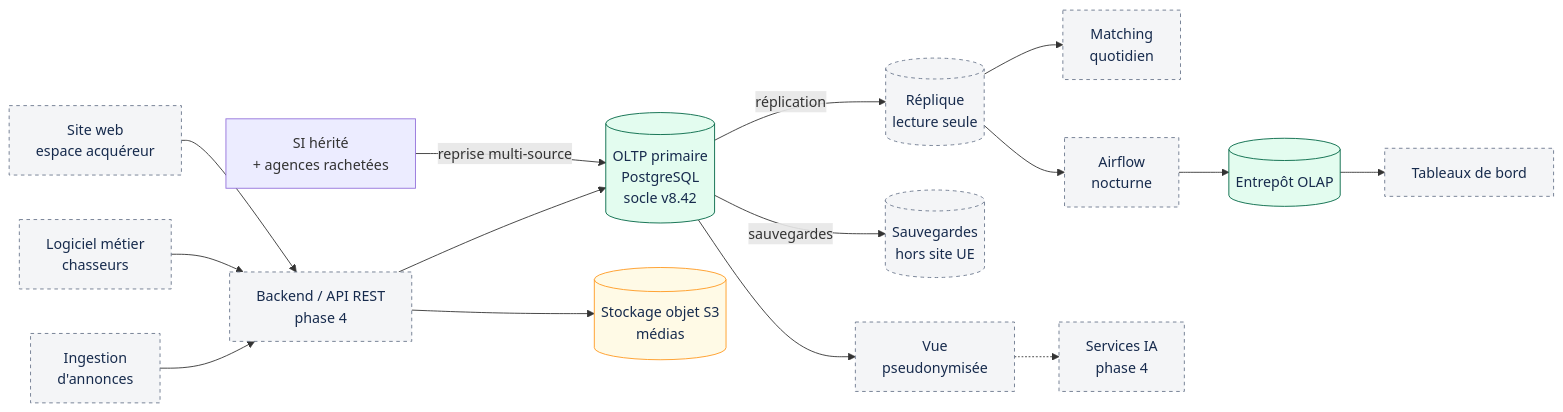
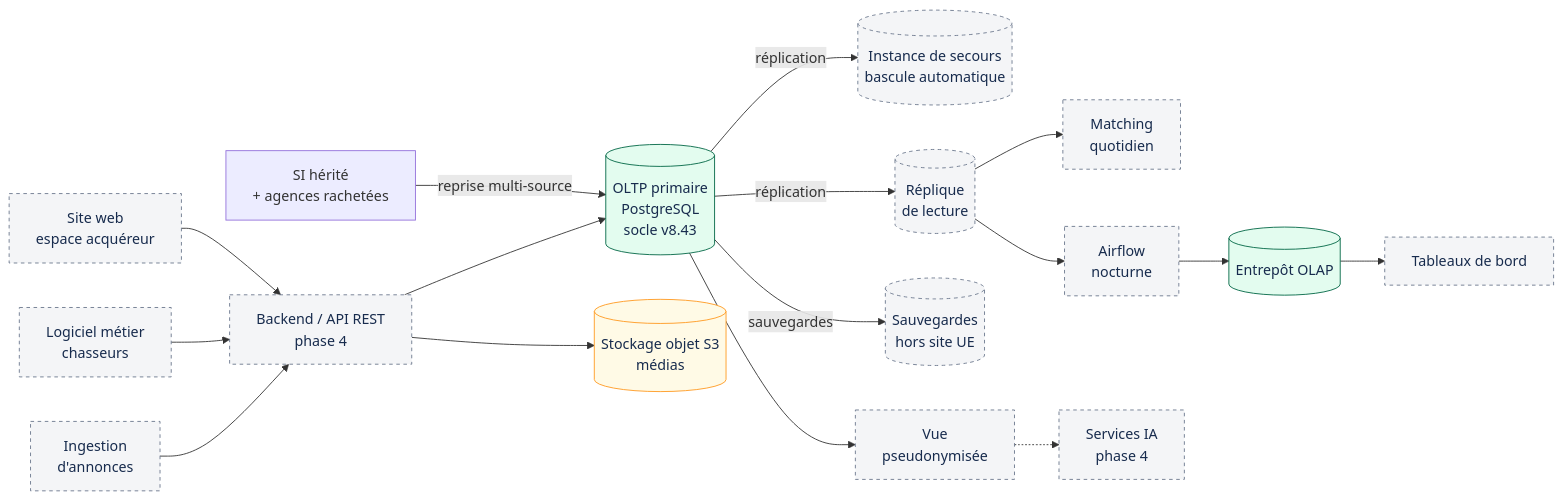
Before and after one commit to Fil-Rouge-Big-Data/Fil-Rouge-EISI-Data-IA-26-D04-StarterPack: the diagram in livrables/documentation/architecture/schema-composants.mmd, drawn with Mermaid. The commit also changed 5 other files, not shown here.

First line of the commit message:
docs: revue d'Angeline sur la PR #17 (points B, D, E, F) - étude v3.3, dossier d'architecture v1.2

```diff
--- a/livrables/documentation/architecture/schema-composants.mmd
+++ b/livrables/documentation/architecture/schema-composants.mmd
@@ -1,20 +1,21 @@
 flowchart LR
     LEG["SI hérité<br/>+ agences rachetées"] -- "reprise multi-source" --> P
     W["Site web<br/>espace acquéreur"] --> API
     L["Logiciel métier<br/>chasseurs"] --> API
     ING["Ingestion<br/>d'annonces"] --> API
-    API["Backend / API REST<br/>phase 4"] --> P[("OLTP primaire<br/>PostgreSQL<br/>socle v8.42")]
+    API["Backend / API REST<br/>phase 4"] --> P[("OLTP primaire<br/>PostgreSQL<br/>socle v8.43")]
     API --> OBJ[("Stockage objet S3<br/>médias")]
-    P -- "réplication" --> R[("Réplique<br/>lecture seule")]
+    P -- "réplication" --> SEC[("Instance de secours<br/>bascule automatique")]
+    P -- "réplication" --> R[("Réplique<br/>de lecture")]
     P -- "sauvegardes" --> B[("Sauvegardes<br/>hors site UE")]
     R --> MATCH["Matching<br/>quotidien"]
     R --> AF["Airflow<br/>nocturne"]
     AF --> DW[("Entrepôt OLAP")]
     DW --> BI["Tableaux de bord"]
     P --> V["Vue<br/>pseudonymisée"] -.-> IA["Services IA<br/>phase 4"]
     classDef fait fill:#E3FCEF,stroke:#006644,color:#172b4d
     classDef maquette fill:#FFFAE6,stroke:#FF991F,color:#172b4d
     classDef cible fill:#F4F5F7,stroke:#6B778C,color:#172b4d,stroke-dasharray:4 4
     class P,DW fait
     class OBJ maquette
-    class API,R,B,MATCH,AF,BI,V,IA,W,L,ING cible
+    class API,SEC,R,B,MATCH,AF,BI,V,IA,W,L,ING cible
```
